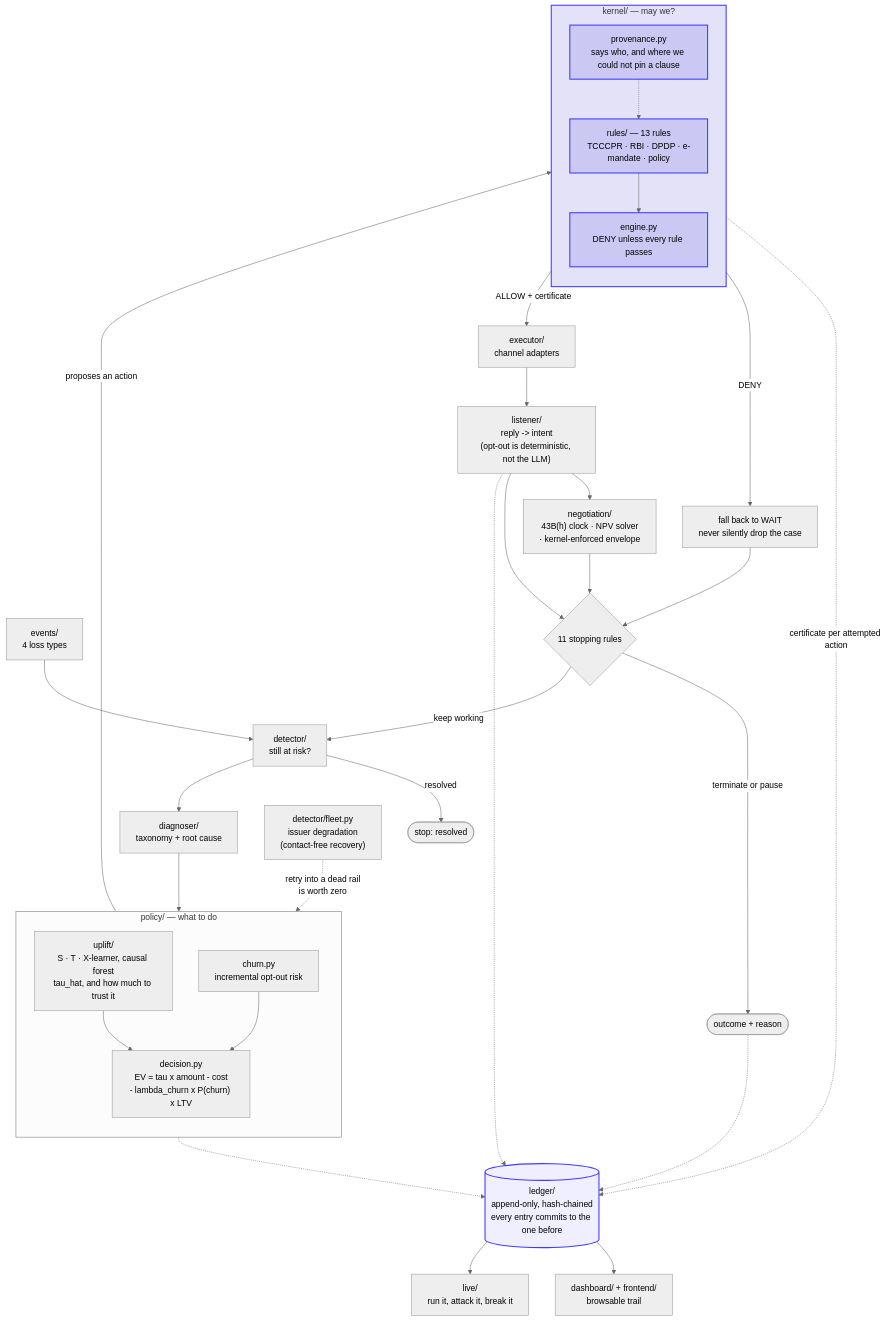
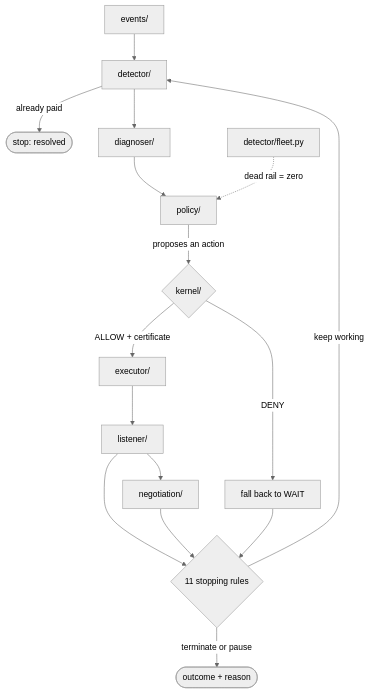
Before and after one commit to vaibhav375/recovery-ledger: the first of 3 diagrams in README.md, drawn with Mermaid (neutral theme). The commit also changed other lines of this file and 1 other file, not shown here.

First line of the commit message:
The architecture diagram was one graph doing five jobs

````diff
--- a/README.md
+++ b/README.md
@@ -430,53 +432,18 @@
 ```mermaid
 flowchart TD
-    E["events/<br/>4 loss types"] --> D["detector/<br/>still at risk?"]
-    D -->|resolved| STOP1(["stop: resolved"])
-    D --> DX["diagnoser/<br/>taxonomy + root cause"]
-    DX --> P
-
-    subgraph P["policy/ — what to do"]
-        direction TB
-        U["uplift/<br/>S · T · X-learner, causal forest<br/>tau_hat, and how much to trust it"]
-        C["churn.py<br/>incremental opt-out risk"]
-        DEC["decision.py<br/>EV = tau x amount - cost<br/>- lambda_churn x P(churn) x LTV"]
-        U --> DEC
-        C --> DEC
-    end
-
-    FLEET["detector/fleet.py<br/>issuer degradation<br/>(contact-free recovery)"] -.->|"retry into a dead rail<br/>is worth zero"| DEC
-
-    DEC -->|"proposes an action"| K
-
-    subgraph K["kernel/ — may we?"]
-        direction TB
-        R["rules/ — 13 rules<br/>TCCCPR · RBI · DPDP · e-mandate · policy"]
-        ENG["engine.py<br/>DENY unless every rule passes"]
-        R --> ENG
-        PROV["provenance.py<br/>says who, and where we could not pin a clause"]
-        PROV -.-> R
-    end
-
-    K -->|"DENY"| RETRY["fall back to WAIT<br/>never silently drop the case"]
-    K -->|"ALLOW + certificate"| X["executor/<br/>channel adapters"]
-    X --> L["listener/<br/>reply -> intent<br/>(opt-out is deterministic, not the LLM)"]
-    L --> NEG["negotiation/<br/>43B(h) clock · NPV solver<br/>· kernel-enforced envelope"]
-    NEG --> SR{"11 stopping rules"}
-    L --> SR
-    RETRY --> SR
-    SR -->|"terminate or pause"| STOP2(["outcome + reason"])
-    SR -->|"keep working"| D
-
-    ENG -.->|"certificate per attempted action"| LED
-    DEC -.-> LED
-    L -.-> LED
-    STOP2 -.-> LED
-    LED[("ledger/<br/>append-only, hash-chained<br/>every entry commits to the one before")]
-
-    LED --> DASH["dashboard/ + frontend/<br/>browsable trail"]
-    LED --> LIVE["live/<br/>run it, attack it, break it"]
-
-    classDef kernel fill:#2f27ce22,stroke:#433bff,stroke-width:2px
-    classDef ledger fill:#433bff14,stroke:#433bff,stroke-width:2px
-    class K,R,ENG,PROV kernel
-    class LED ledger
+    E["events/"] --> D["detector/"]
+    D -->|"already paid"| OUT(["stop: resolved"])
+    D --> DX["diagnoser/"]
+    DX --> P["policy/"]
+    FLEET["detector/fleet.py"] -.->|"dead rail = zero"| P
+    P -->|"proposes an action"| K{"kernel/"}
+    K -->|"DENY"| W["fall back to WAIT"]
+    K -->|"ALLOW + certificate"| X["executor/"]
+    X --> L["listener/"]
+    L --> N["negotiation/"]
+    L --> S{"11 stopping rules"}
+    N --> S
+    W --> S
+    S -->|"terminate or pause"| DONE(["outcome + reason"])
+    S -->|"keep working"| D
 ```
````
